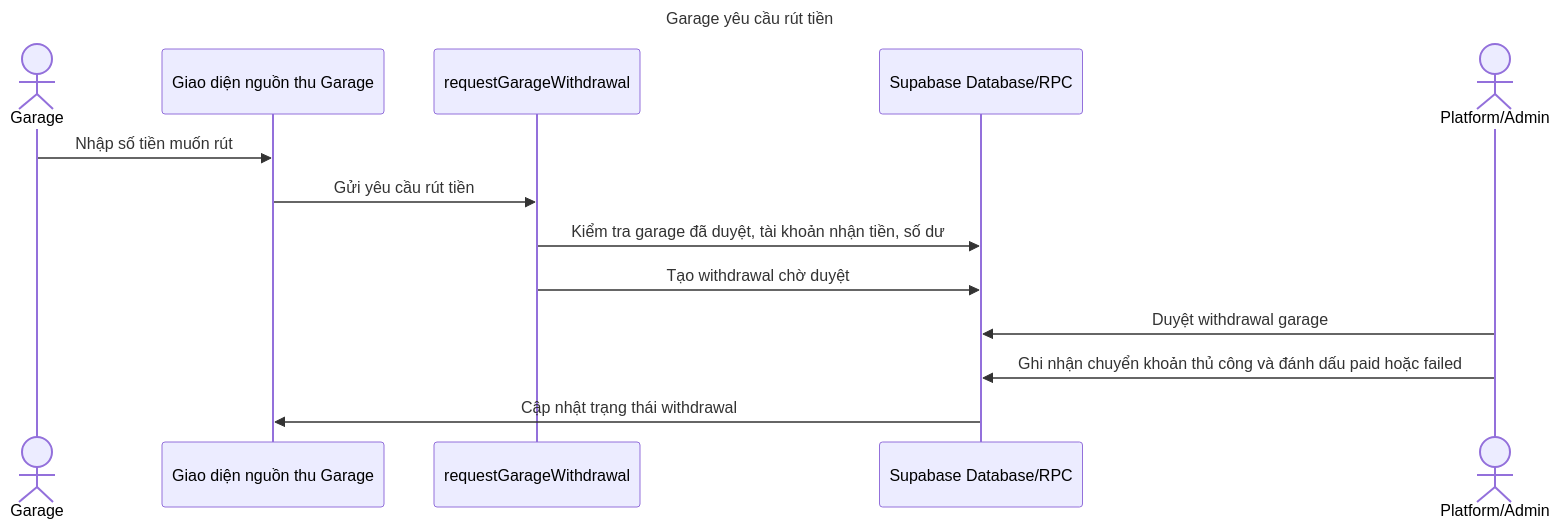
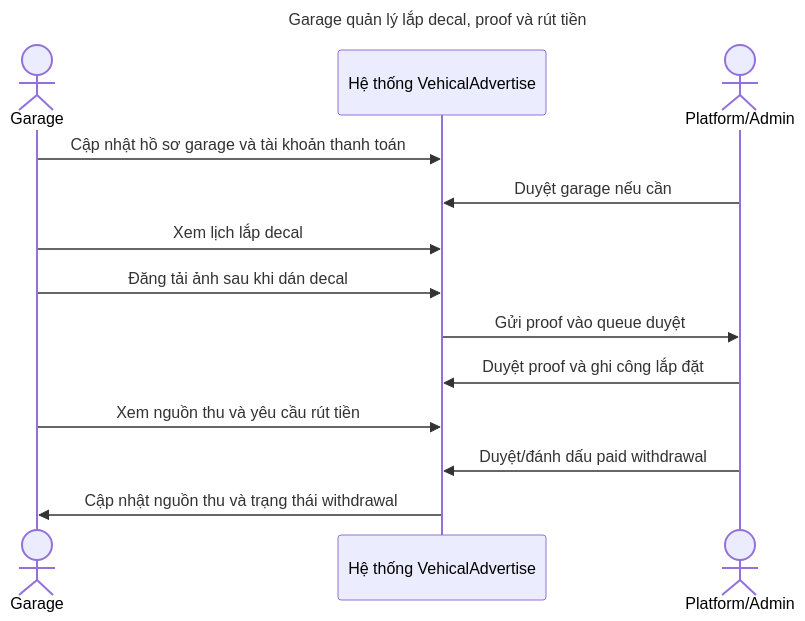
One commit to kjasng/VehicalAdvertise changed the fourth of 8 diagrams in docs/sequence-usecases.md. Above: the diagram before and after it, drawn with Mermaid. The commit also changed other lines of this file and 14 other files, not shown here.

````diff
--- a/docs/sequence-usecases.md
+++ b/docs/sequence-usecases.md
@@ -336,16 +83,16 @@
 ```mermaid
 sequenceDiagram
-    title Garage yêu cầu rút tiền
-    actor Garage as Garage
-    participant GarageUI as Giao diện nguồn thu Garage
-    participant WithdrawalAction as requestGarageWithdrawal
-    participant DB as Supabase Database/RPC
-    actor Admin as Platform/Admin
-    Garage->>GarageUI: Nhập số tiền muốn rút
-    GarageUI->>WithdrawalAction: Gửi yêu cầu rút tiền
-    WithdrawalAction->>DB: Kiểm tra garage đã duyệt, tài khoản nhận tiền, số dư
-    WithdrawalAction->>DB: Tạo withdrawal chờ duyệt
-    Admin->>DB: Duyệt withdrawal garage
-    Admin->>DB: Ghi nhận chuyển khoản thủ công và đánh dấu paid hoặc failed
-    DB->>GarageUI: Cập nhật trạng thái withdrawal
+    title Garage quản lý lắp decal, proof và rút tiền
+    actor P1 as Garage
+    participant P2 as Hệ thống VehicalAdvertise
+    actor P3 as Platform/Admin
+    P1->>P2: Cập nhật hồ sơ garage và tài khoản thanh toán
+    P3->>P2: Duyệt garage nếu cần
+    P1->>P2: Xem lịch lắp decal
+    P1->>P2: Đăng tải ảnh sau khi dán decal
+    P2->>P3: Gửi proof vào queue duyệt
+    P3->>P2: Duyệt proof và ghi công lắp đặt
+    P1->>P2: Xem nguồn thu và yêu cầu rút tiền
+    P3->>P2: Duyệt/đánh dấu paid withdrawal
+    P2->>P1: Cập nhật nguồn thu và trạng thái withdrawal
 ```
````
